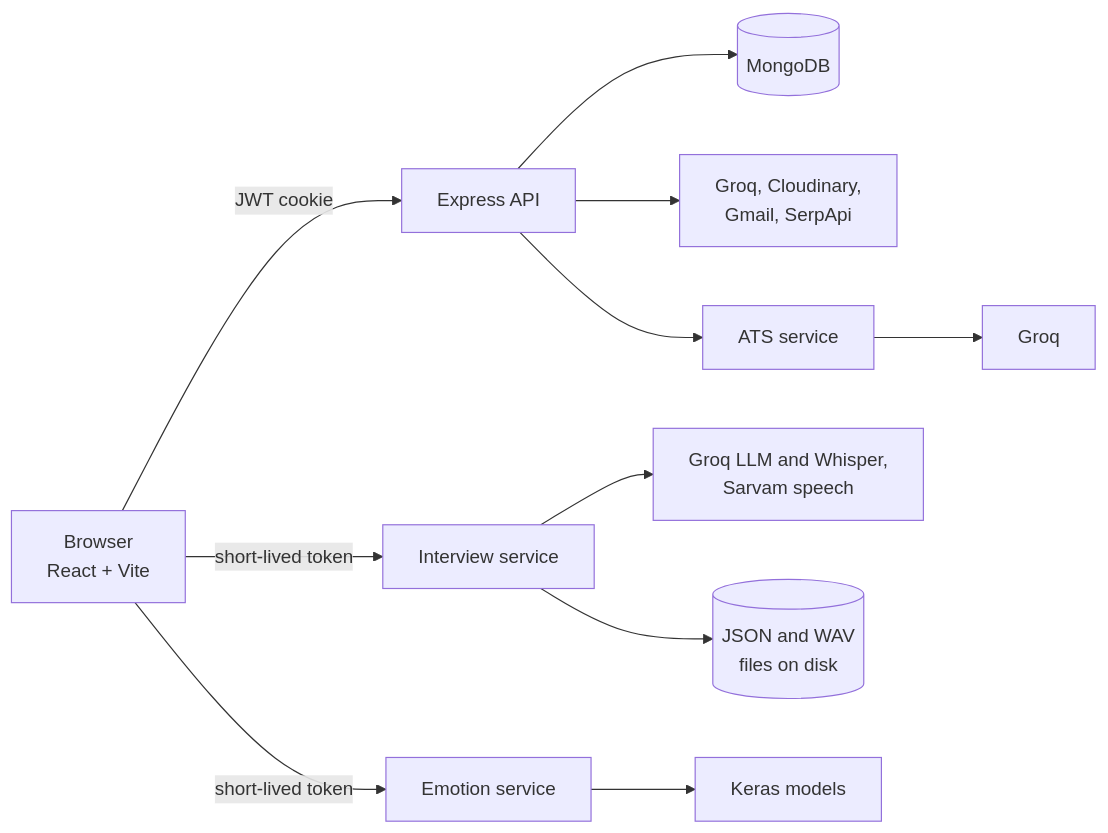
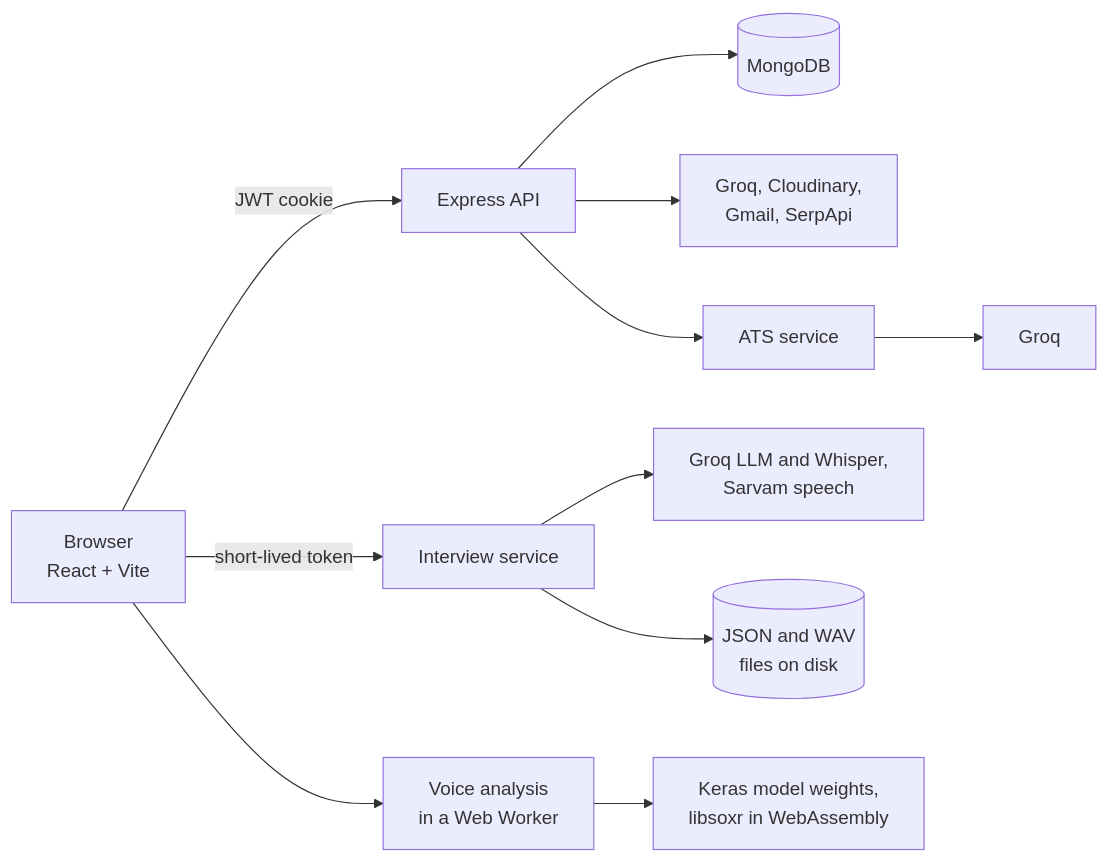
Before and after one commit to LekhNayak/InterviewMate-AI_Mock_Interview_Platform: the first of 2 diagrams in README.md, drawn with Mermaid. The commit also changed other lines of this file and 73 other files, not shown here.

First line of the commit message:
feat: run the voice emotion analysis in the browser and remove the emotion service

````diff
--- a/README.md
+++ b/README.md
@@ -66,16 +66,16 @@
 ```mermaid
 flowchart LR
     browser["Browser<br/>React + Vite"]
 
     browser -->|"JWT cookie"| api["Express API"]
     browser -->|"short-lived token"| interview["Interview service"]
-    browser -->|"short-lived token"| emotion["Emotion service"]
+    browser --> voice["Voice analysis<br/>in a Web Worker"]
 
     api --> mongo[("MongoDB")]
     api --> ext["Groq, Cloudinary,<br/>Gmail, SerpApi"]
     api --> ats["ATS service"]
     ats --> atsx["Groq"]
     interview --> ai["Groq LLM and Whisper,<br/>Sarvam speech"]
     interview --> disk[("JSON and WAV<br/>files on disk")]
-    emotion --> keras["Keras models"]
+    voice --> keras["Keras model weights,<br/>libsoxr in WebAssembly"]
 ```
````
